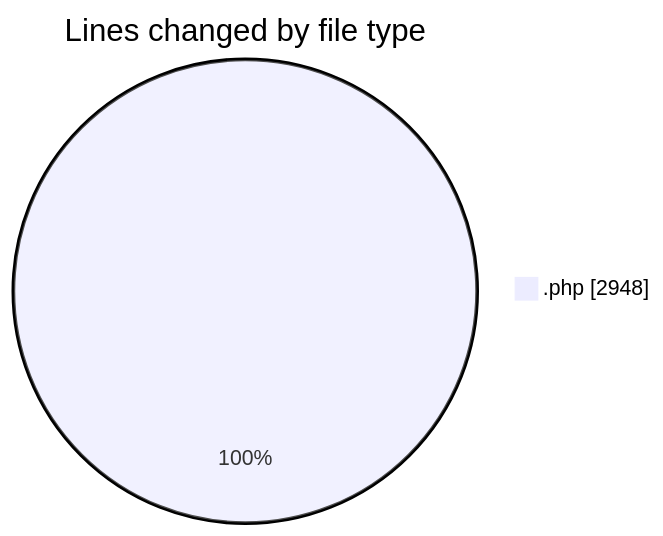
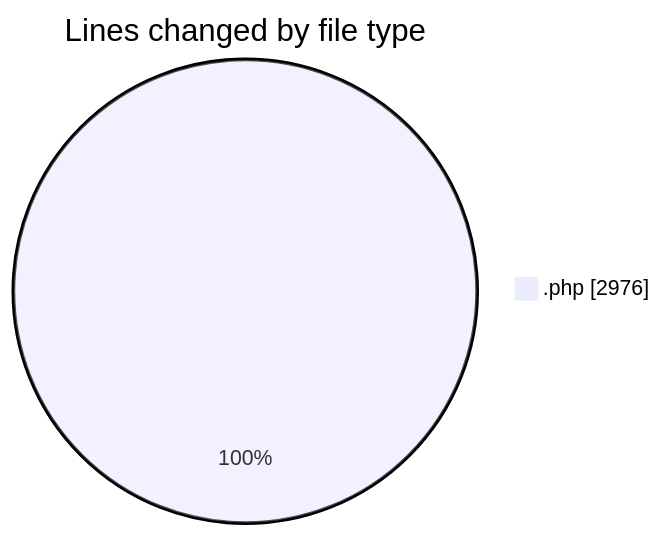
One commit to LanceThiago/code-tracking changed the first of 2 diagrams in 2026-09-09/fz3temp-2/README.md. Above: the diagram before and after it, drawn with Mermaid. The commit also changed other lines of this file and 1 other file, not shown here.

````diff
--- a/2026-09-09/fz3temp-2/README.md
+++ b/2026-09-09/fz3temp-2/README.md
@@ -34,5 +34,5 @@
 ```mermaid
 pie showData
 title Lines changed by file type
-".php" : 2948
+".php" : 2976
 ```
````
